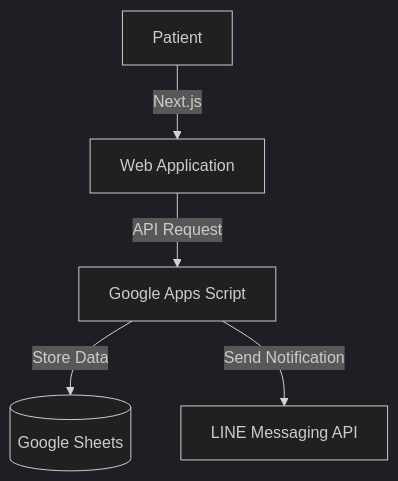
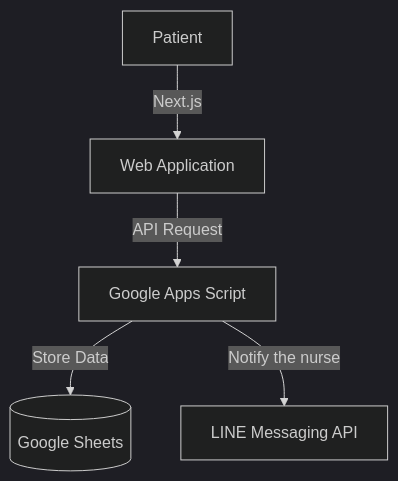
One commit to ratchanon-noknoy2318/healthcare-intake changed the diagram in README.md. Above: the diagram before and after it, drawn with Mermaid (dark theme).

Commit message:
Clarify notification message in README

````diff
--- a/README.md
+++ b/README.md
@@ -12,7 +12,7 @@
 ```mermaid
 graph TD
     A[Patient] -->|Next.js| B[Web Application]
     B -->|API Request| C[Google Apps Script]
     C -->|Store Data| D[(Google Sheets)]
-    C -->|Send Notification| E[LINE Messaging API]
+    C -->|Notify the nurse| E[LINE Messaging API]
 ```
````
